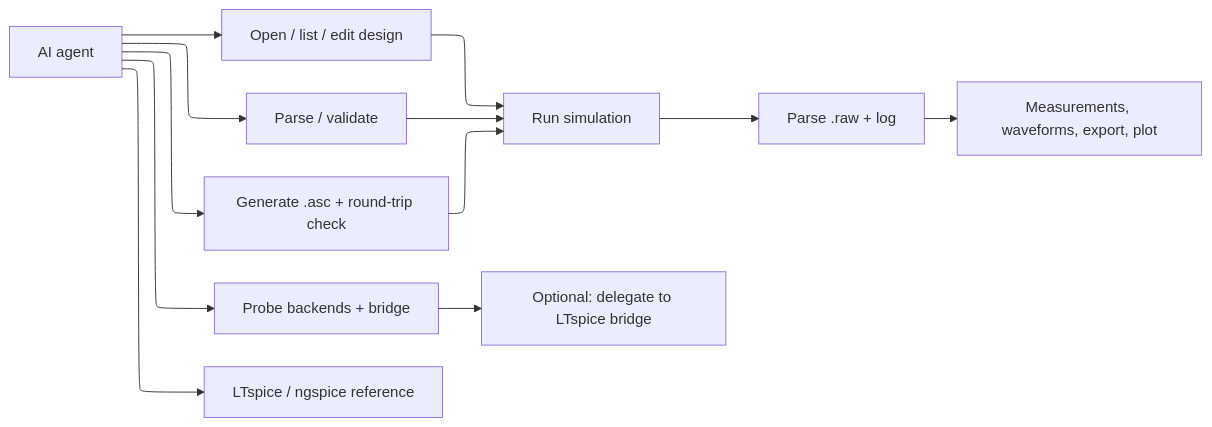
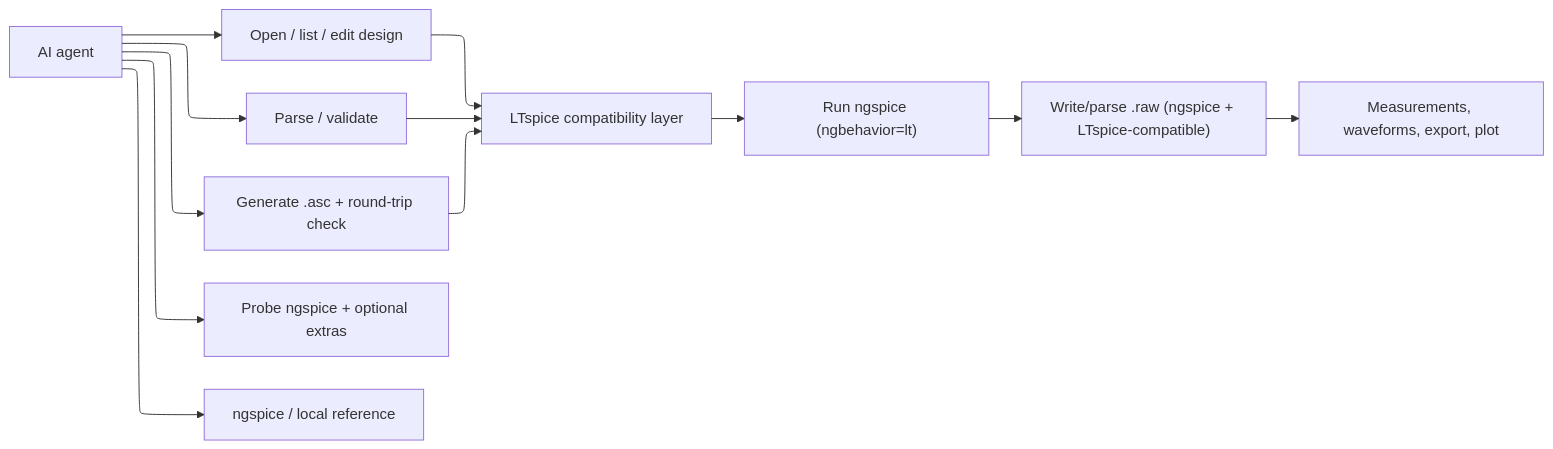
One commit to sohampatwardhan/openspice-mcp changed the diagram in .kiro/specs/openspice-mcp/requirements.md. Above: the diagram before and after it, drawn with Mermaid. The commit also changed other lines of this file and 4 other files, not shown here.

First line of the commit message:
docs(spec): make ngspice the sole engine with LTspice file fidelity

````diff
--- a/.kiro/specs/openspice-mcp/requirements.md
+++ b/.kiro/specs/openspice-mcp/requirements.md
@@ -11,18 +13,18 @@
 ```mermaid
 ---
 config:
   layout: elk
 ---
 flowchart LR
   agent["AI agent"] --> design["Open / list / edit design"]
   agent --> parse["Parse / validate"]
   agent --> gen["Generate .asc + round-trip check"]
-  design --> sim["Run simulation"]
-  parse --> sim
-  gen --> sim
-  sim --> raw["Parse .raw + log"]
+  design --> compat["LTspice compatibility layer"]
+  parse --> compat
+  gen --> compat
+  compat --> sim["Run ngspice (ngbehavior=lt)"]
+  sim --> raw["Write/parse .raw (ngspice + LTspice-compatible)"]
   raw --> result["Measurements, waveforms, export, plot"]
-  agent --> status["Probe backends + bridge"]
-  agent --> refdoc["LTspice / ngspice reference"]
-  status --> bridge["Optional: delegate to LTspice bridge"]
+  agent --> status["Probe ngspice + optional extras"]
+  agent --> refdoc["ngspice / local reference"]
 ```
````
